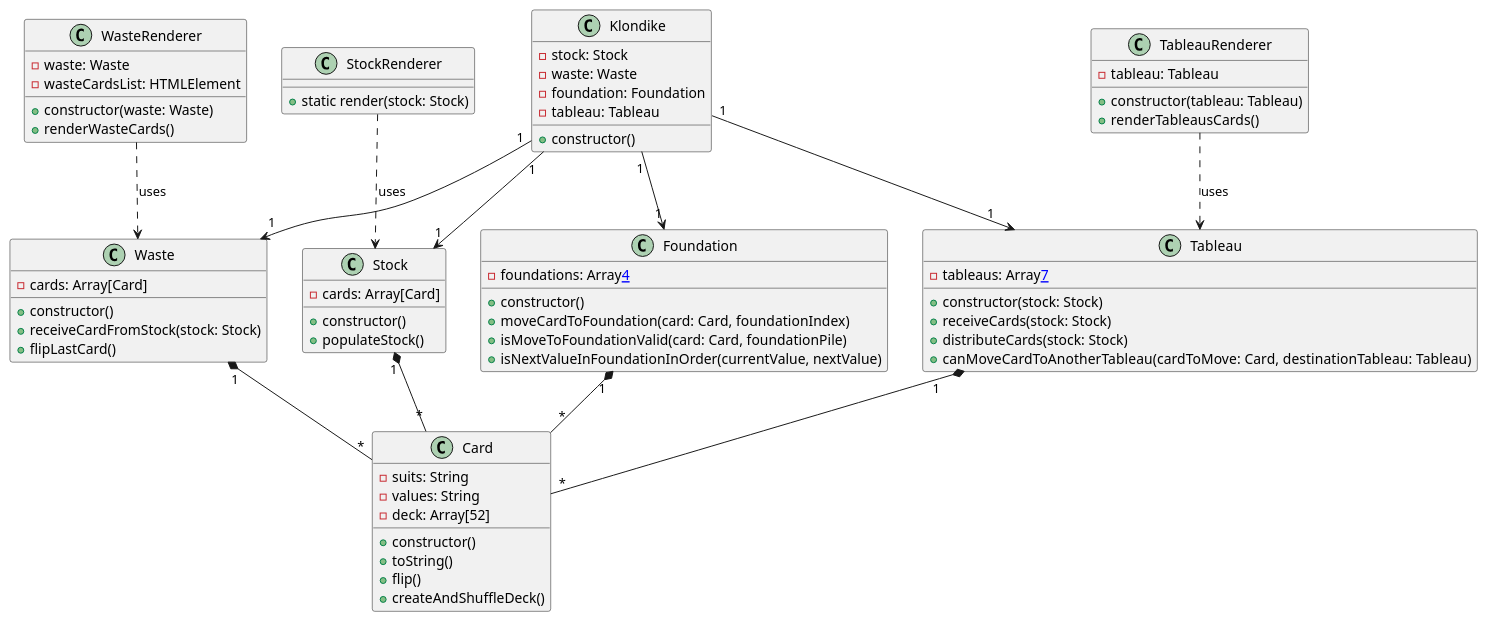
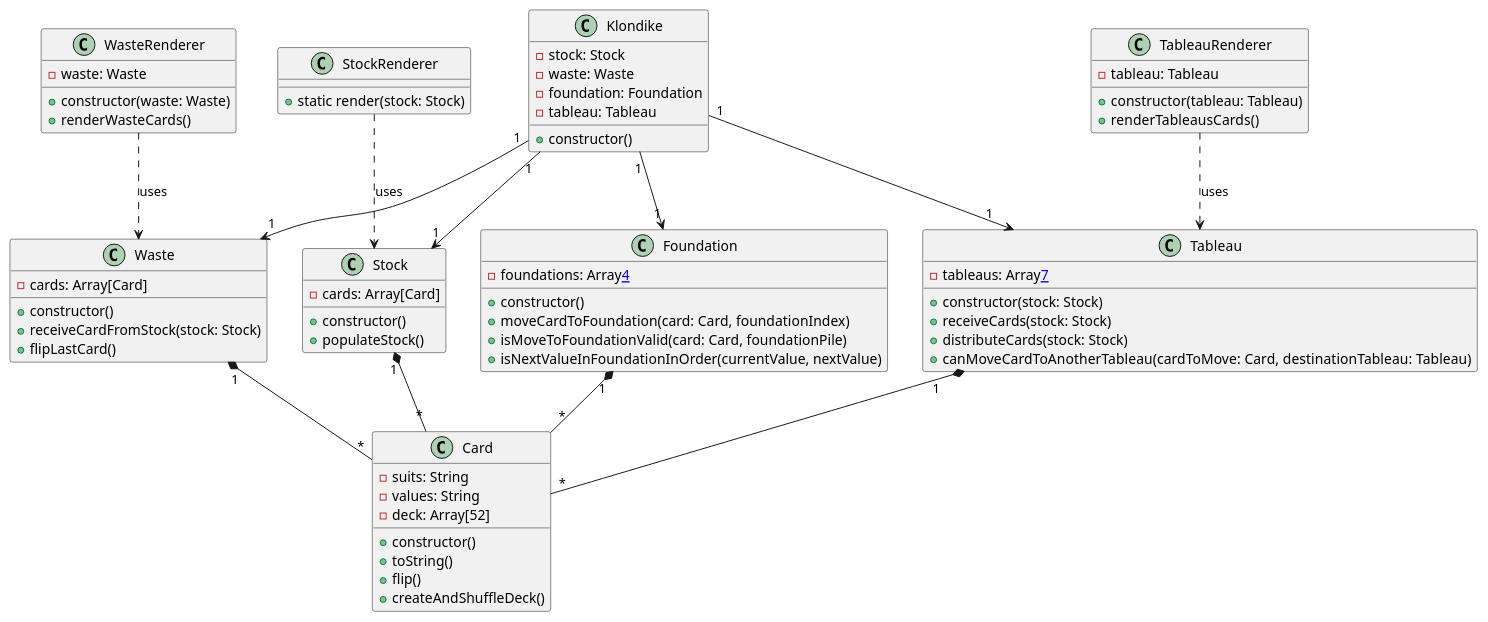
The diagram in version8/Klondikev7_1.plantuml (valleria-web/klondike), drawn with PlantUML before and after one commit.

Commit message:
version8

```diff
--- a/version8/Klondikev7_1.plantuml
+++ b/version8/Klondikev7_1.plantuml
@@ -1,79 +1,78 @@
 @startuml klondikev8
 
 class Card {
   - suits: String
   - values: String
   - deck: Array[52]
   + constructor()
   + toString()
   + flip()
   + createAndShuffleDeck()
 }
 
 class Klondike {
   - stock: Stock
   - waste: Waste
   - foundation: Foundation
   - tableau: Tableau
   + constructor()
 }
 
 class Stock {
   - cards: Array[Card]
   + constructor()
   + populateStock() 
 }
 
 class StockRenderer {
   + static render(stock: Stock)
 }
 
 class Tableau {
   - tableaus: Array[[7]]
   + constructor(stock: Stock)
   + receiveCards(stock: Stock) 
   + distributeCards(stock: Stock)
   + canMoveCardToAnotherTableau(cardToMove: Card, destinationTableau: Tableau)
 }
 
 class TableauRenderer {
   - tableau: Tableau
   + constructor(tableau: Tableau)
   + renderTableausCards()
 }
 
 class Foundation {
   - foundations: Array[[4]]
   + constructor()
   + moveCardToFoundation(card: Card, foundationIndex)
   + isMoveToFoundationValid(card: Card, foundationPile)
   + isNextValueInFoundationInOrder(currentValue, nextValue)
 }
 
 class Waste {
   - cards: Array[Card]
   + constructor()
   + receiveCardFromStock(stock: Stock)
   + flipLastCard()
 }
 
 class WasteRenderer {
   - waste: Waste
-  - wasteCardsList: HTMLElement
   + constructor(waste: Waste)
   + renderWasteCards()
 }
 
 Klondike "1" --> "1" Stock
 Klondike "1" --> "1" Waste
 Klondike "1" --> "1" Foundation
 Klondike "1" --> "1" Tableau
 Stock "1" *-- "*" Card
 Waste "1" *-- "*" Card
 Foundation "1" *-- "*" Card
 Tableau "1" *-- "*" Card
 StockRenderer ..> Stock : uses
 TableauRenderer ..> Tableau : uses
 WasteRenderer ..> Waste : uses
 
 @enduml
```
